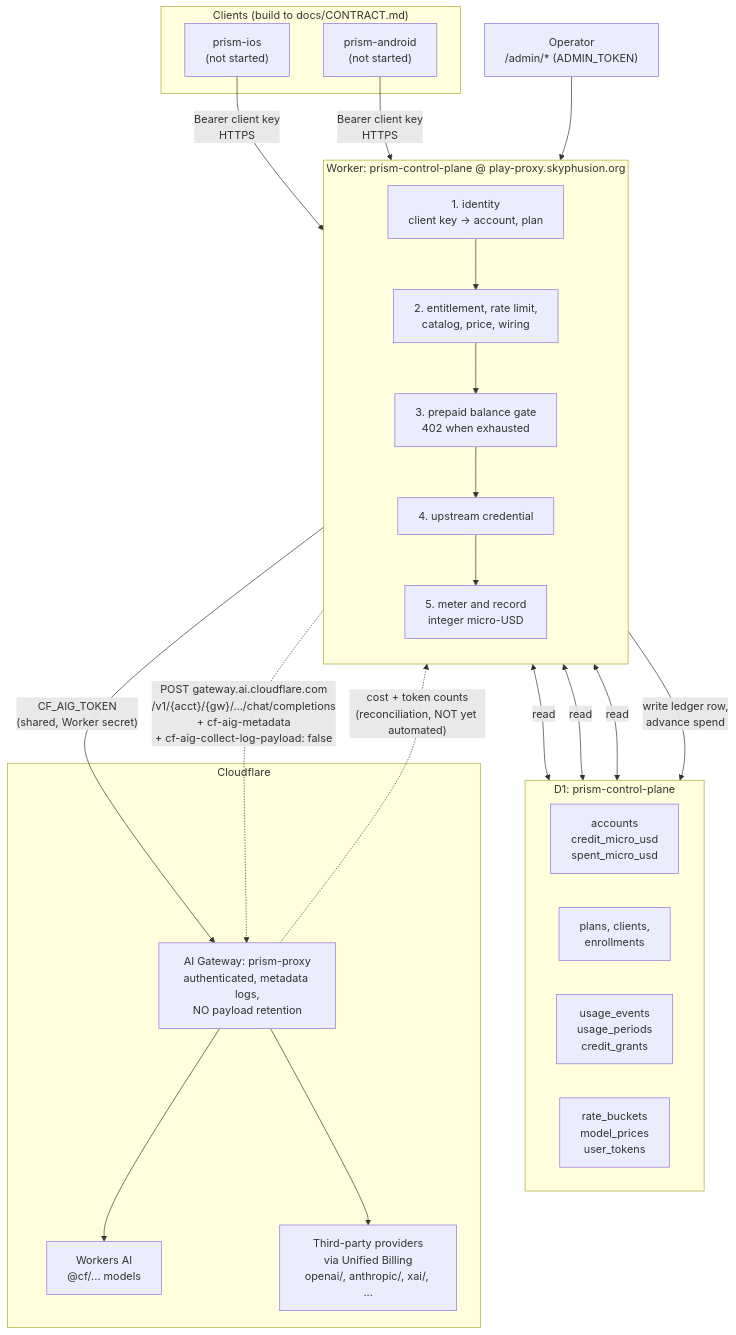
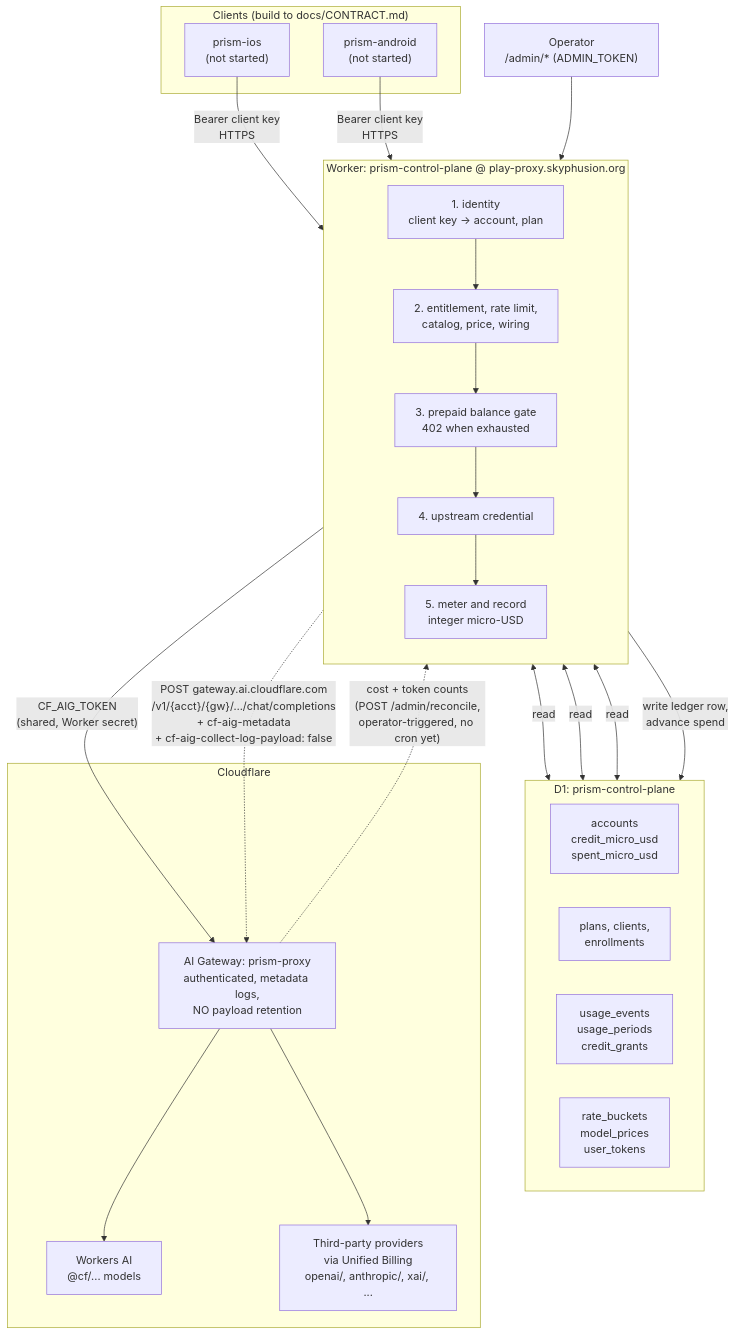
The diagram in docs/ARCHITECTURE.md (skyphusion-labs/prism-control-plane), drawn with Mermaid before and after one commit. The commit also changed other lines of this file and 2 other files, not shown here.

First line of the commit message:
docs: bring README and the reconciliation diagram current

````diff
--- a/docs/ARCHITECTURE.md
+++ b/docs/ARCHITECTURE.md
@@ -40,50 +40,50 @@
 ```mermaid
 flowchart TB
     subgraph clients["Clients (build to docs/CONTRACT.md)"]
         ios["prism-ios<br/>(not started)"]
         android["prism-android<br/>(not started)"]
     end
 
     subgraph worker["Worker: prism-control-plane @ play-proxy.skyphusion.org"]
         direction TB
         auth["1. identity<br/>client key -> account, plan"]
         gates["2. entitlement, rate limit,<br/>catalog, price, wiring"]
         balance["3. prepaid balance gate<br/>402 when exhausted"]
         cred["4. upstream credential"]
         meter["5. meter and record<br/>integer micro-USD"]
     end
 
     subgraph d1["D1: prism-control-plane"]
         direction LR
         t1["accounts<br/>credit_micro_usd<br/>spent_micro_usd"]
         t2["plans, clients,<br/>enrollments"]
         t3["usage_events<br/>usage_periods<br/>credit_grants"]
         t4["rate_buckets<br/>model_prices<br/>user_tokens"]
     end
 
     admin["Operator<br/>/admin/* (ADMIN_TOKEN)"]
 
     subgraph cf["Cloudflare"]
         gw["AI Gateway: prism-proxy<br/>authenticated, metadata logs,<br/>NO payload retention"]
         wai["Workers AI<br/>@cf/... models"]
         prov["Third-party providers<br/>via Unified Billing<br/>openai/, anthropic/, xai/, ..."]
     end
 
     ios -->|"Bearer client key<br/>HTTPS"| auth
     android -->|"Bearer client key<br/>HTTPS"| auth
     admin --> worker
 
     auth --> gates --> balance --> cred --> meter
 
     auth <-->|"read"| d1
     gates <-->|"read"| d1
     balance <-->|"read"| d1
     meter -->|"write ledger row,<br/>advance spend"| d1
 
     cred -->|"CF_AIG_TOKEN<br/>(shared, Worker secret)"| gw
     meter -.->|"POST gateway.ai.cloudflare.com<br/>/v1/{acct}/{gw}/…/chat/completions<br/>+ cf-aig-metadata<br/>+ cf-aig-collect-log-payload: false"| gw
     gw --> wai
     gw --> prov
 
-    gw -.->|"cost + token counts<br/>(reconciliation, NOT yet automated)"| meter
+    gw -.->|"cost + token counts<br/>(POST /admin/reconcile,<br/>operator-triggered, no cron yet)"| meter
 ```
````
